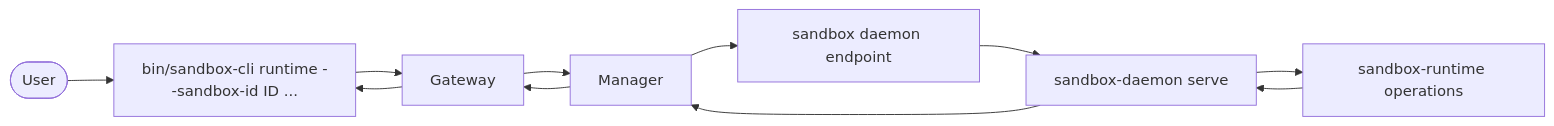
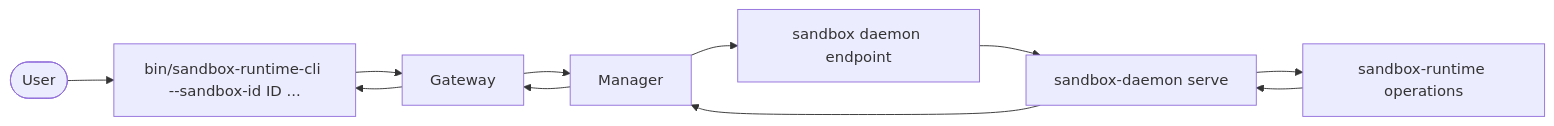
The fifth of 5 diagrams in docs/obsidian/ephemeral-os/docs/cli-gateway-manager-runtime.md (Ephemeral-AI-Lab/ephemeral-os), drawn with Mermaid before and after one commit. The commit also changed other lines of this file and 57 other files, not shown here.

````diff
--- a/docs/obsidian/ephemeral-os/docs/cli-gateway-manager-runtime.md
+++ b/docs/obsidian/ephemeral-os/docs/cli-gateway-manager-runtime.md
@@ -182,14 +212,14 @@
 ```mermaid
 flowchart LR
     User([User])
-    CLI["bin/sandbox-cli runtime --sandbox-id ID ..."]
+    CLI["bin/sandbox-runtime-cli --sandbox-id ID ..."]
     Gateway["Gateway"]
     Manager["Manager"]
     Endpoint["sandbox daemon endpoint"]
     Daemon["sandbox-daemon serve"]
     Ops["sandbox-runtime operations"]
 
     User --> CLI --> Gateway --> Manager
     Manager --> Endpoint --> Daemon --> Ops
     Ops --> Daemon --> Manager --> Gateway --> CLI
 ```
````
